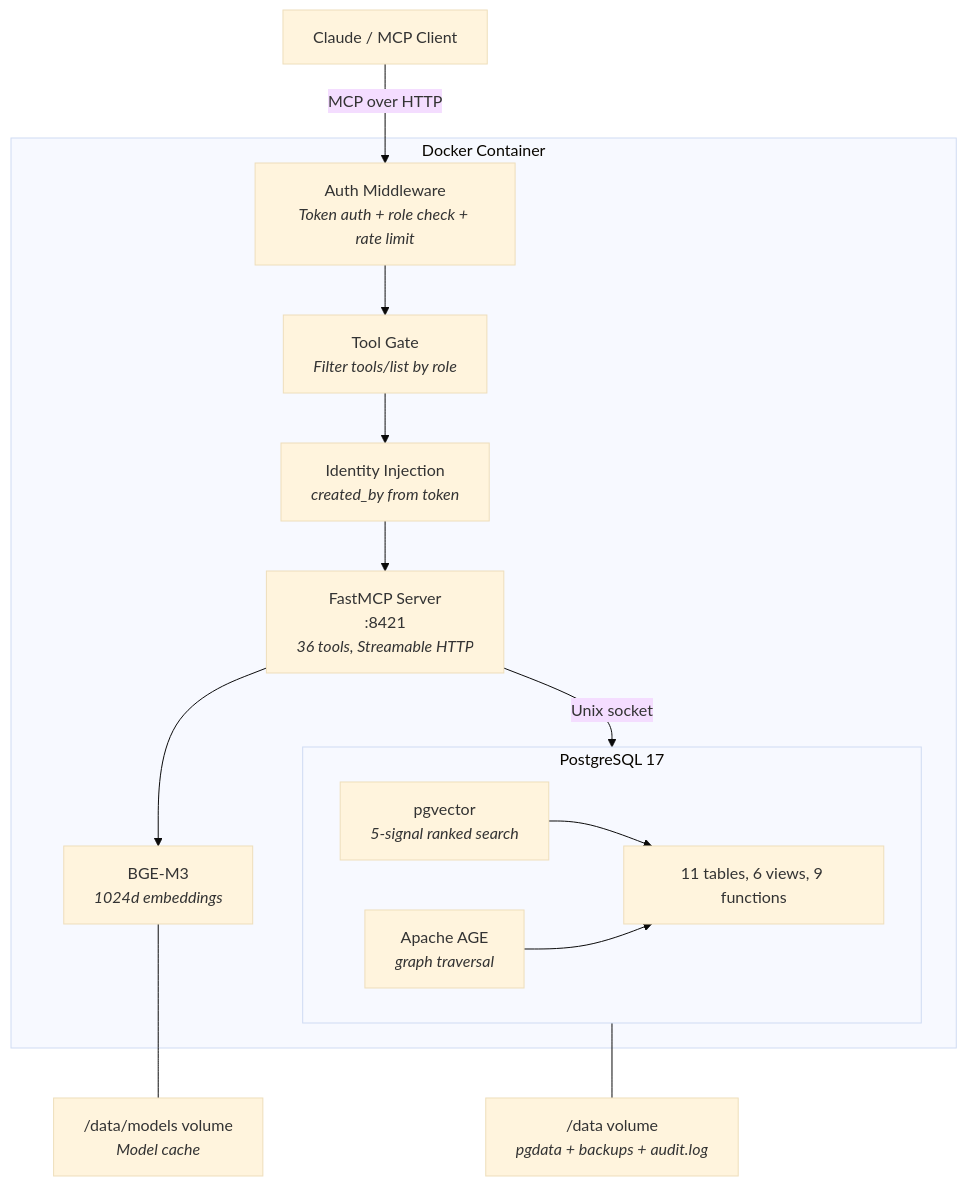
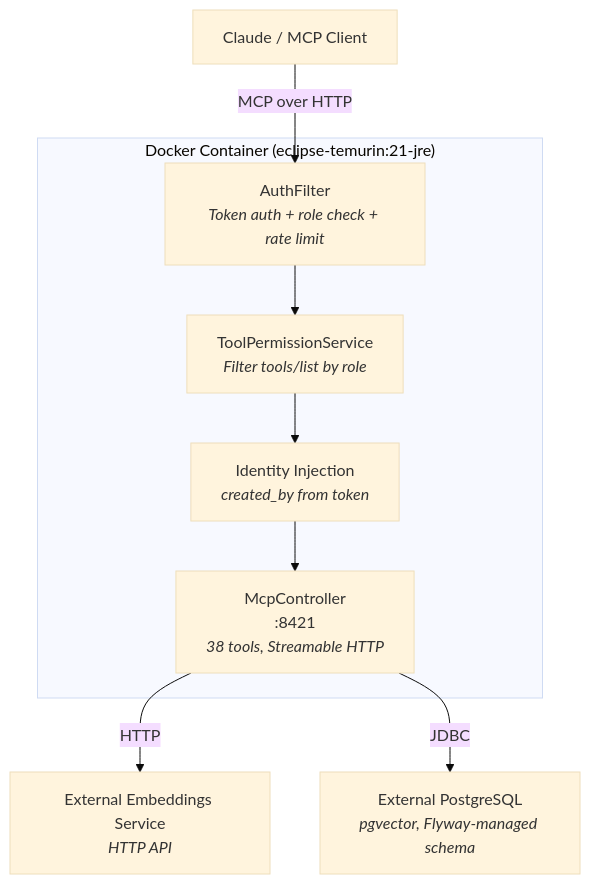
One commit to ufelmann/HiveMem changed the second of 3 diagrams in README.md. Above: the diagram before and after it, drawn with Mermaid (base theme). The commit also changed other lines of this file and 52 other files, not shown here.

````diff
--- a/README.md
+++ b/README.md
@@ -363,32 +343,21 @@
 ```mermaid
 graph TB
     Client["Claude / MCP Client"]
 
-    subgraph Container["Docker Container"]
-        Auth["Auth Middleware<br/><i>Token auth + role check + rate limit</i>"]
-        ToolGate["Tool Gate<br/><i>Filter tools/list by role</i>"]
+    subgraph Container["Docker Container (eclipse-temurin:21-jre)"]
+        Auth["AuthFilter<br/><i>Token auth + role check + rate limit</i>"]
+        ToolGate["ToolPermissionService<br/><i>Filter tools/list by role</i>"]
         Identity["Identity Injection<br/><i>created_by from token</i>"]
-        MCP["FastMCP Server<br/>:8421<br/><i>36 tools, Streamable HTTP</i>"]
-        BGE["BGE-M3<br/><i>1024d embeddings</i>"]
-
-        subgraph PG["PostgreSQL 17"]
-            pgvector["pgvector<br/><i>5-signal ranked search</i>"]
-            AGE["Apache AGE<br/><i>graph traversal</i>"]
-            Tables["11 tables, 6 views, 9 functions"]
-        end
+        MCP["McpController<br/>:8421<br/><i>38 tools, Streamable HTTP</i>"]
     end
 
-    Volume["/data volume<br/><i>pgdata + backups + audit.log</i>"]
-    Models["/data/models volume<br/><i>Model cache</i>"]
+    EmbSvc["External Embeddings Service<br/><i>HTTP API</i>"]
+    PG["External PostgreSQL<br/><i>pgvector, Flyway-managed schema</i>"]
 
     Client -->|"MCP over HTTP"| Auth
     Auth --> ToolGate
     ToolGate --> Identity
     Identity --> MCP
-    MCP --> BGE
-    MCP -->|"Unix socket"| PG
-    pgvector --> Tables
-    AGE --> Tables
-    PG --- Volume
-    BGE --- Models
+    MCP -->|"HTTP"| EmbSvc
+    MCP -->|"JDBC"| PG
 ```
````
